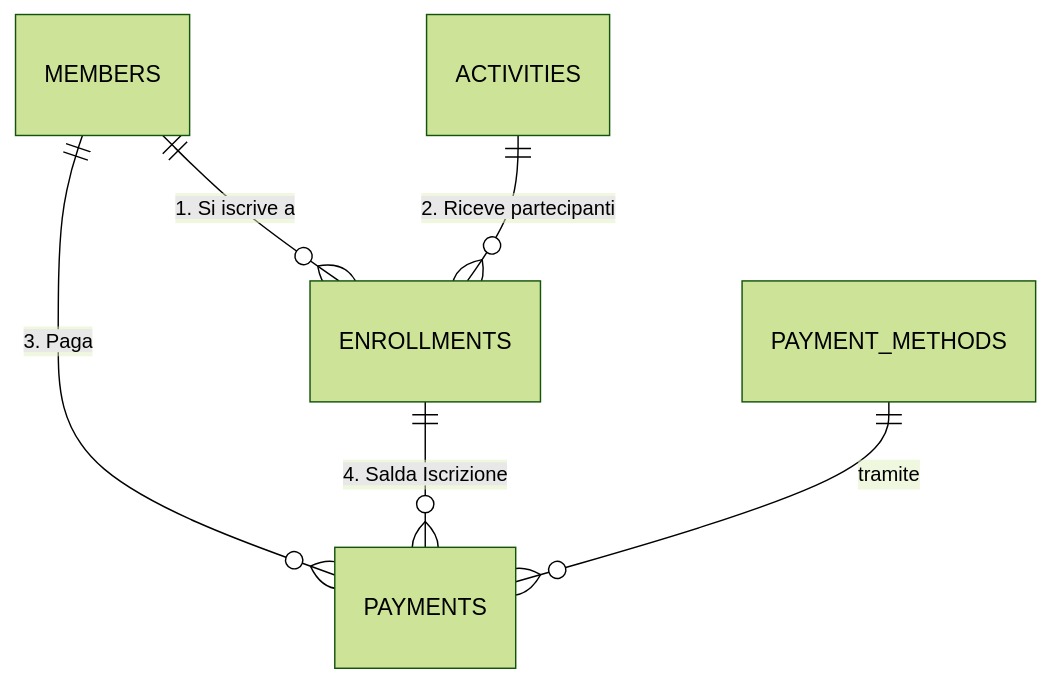
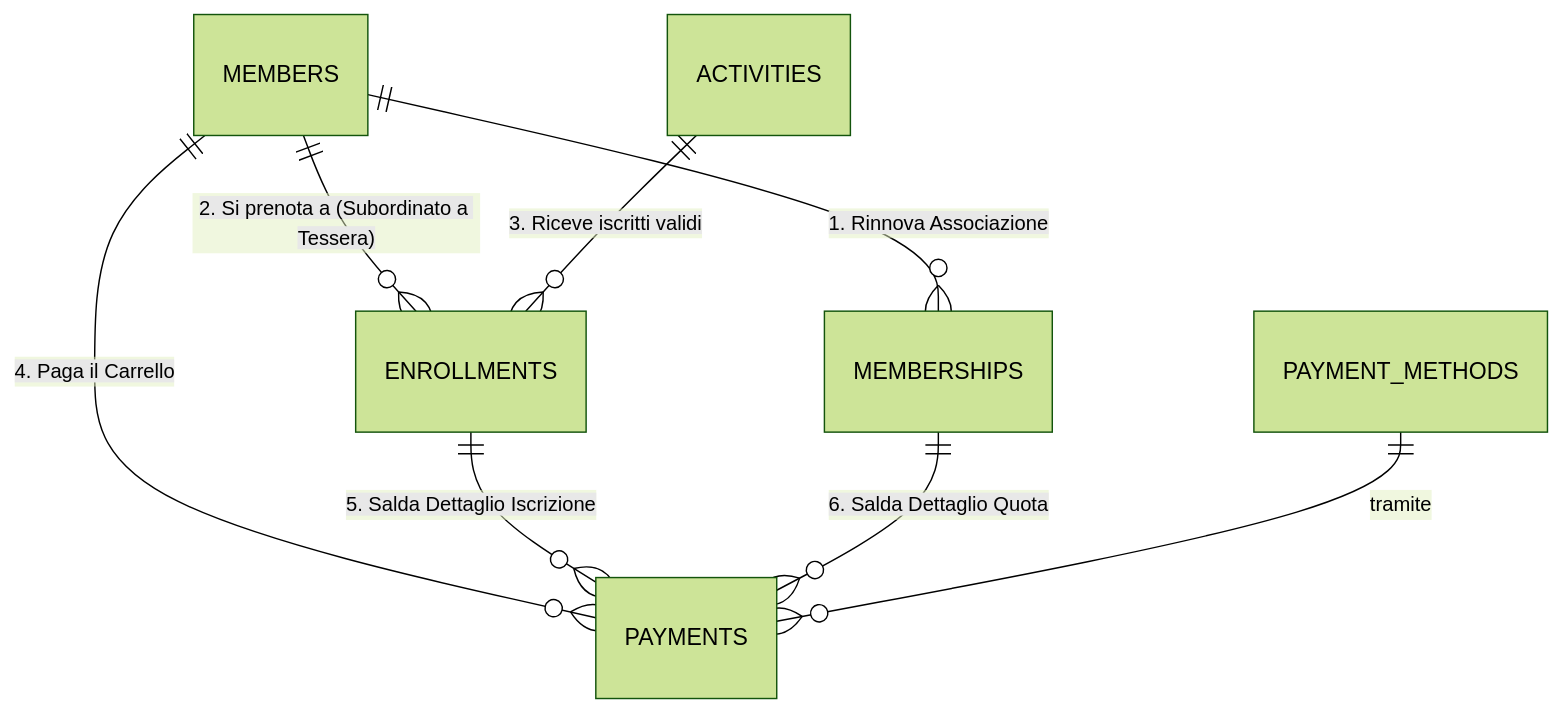
The third of 3 diagrams in _GAE_SVILUPPO/futuro/2_database_map_future.md (ago-debug/stargem-gae), drawn with Mermaid (forest theme) before and after one commit. The commit also changed other lines of this file and 66 other files, not shown here.

````diff
--- a/_GAE_SVILUPPO/futuro/2_database_map_future.md
+++ b/_GAE_SVILUPPO/futuro/2_database_map_future.md
@@ -104,9 +107,11 @@
 ```mermaid
 erDiagram
-    MEMBERS ||--o{ ENROLLMENTS : "1. Si iscrive a"
-    ACTIVITIES ||--o{ ENROLLMENTS : "2. Riceve partecipanti"
+    MEMBERS ||--o{ MEMBERSHIPS : "1. Rinnova Associazione"
+    MEMBERS ||--o{ ENROLLMENTS : "2. Si prenota a (Subordinato a Tessera)"
+    ACTIVITIES ||--o{ ENROLLMENTS : "3. Riceve iscritti validi"
 
-    MEMBERS ||--o{ PAYMENTS : "3. Paga"
-    ENROLLMENTS ||--o{ PAYMENTS : "4. Salda Iscrizione"
+    MEMBERS ||--o{ PAYMENTS : "4. Paga il Carrello"
+    ENROLLMENTS ||--o{ PAYMENTS : "5. Salda Dettaglio Iscrizione"
+    MEMBERSHIPS ||--o{ PAYMENTS : "6. Salda Dettaglio Quota"
     PAYMENT_METHODS ||--o{ PAYMENTS : "tramite"
 ```
````
